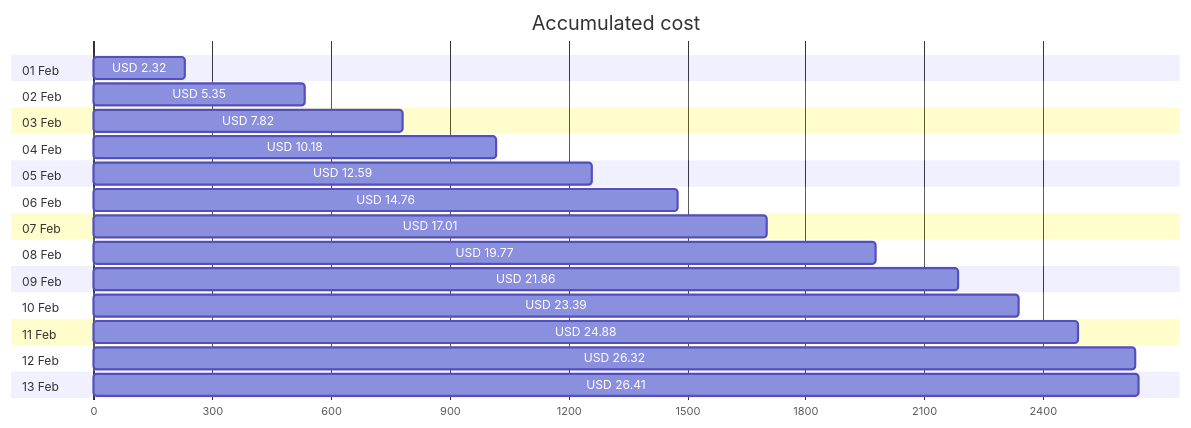
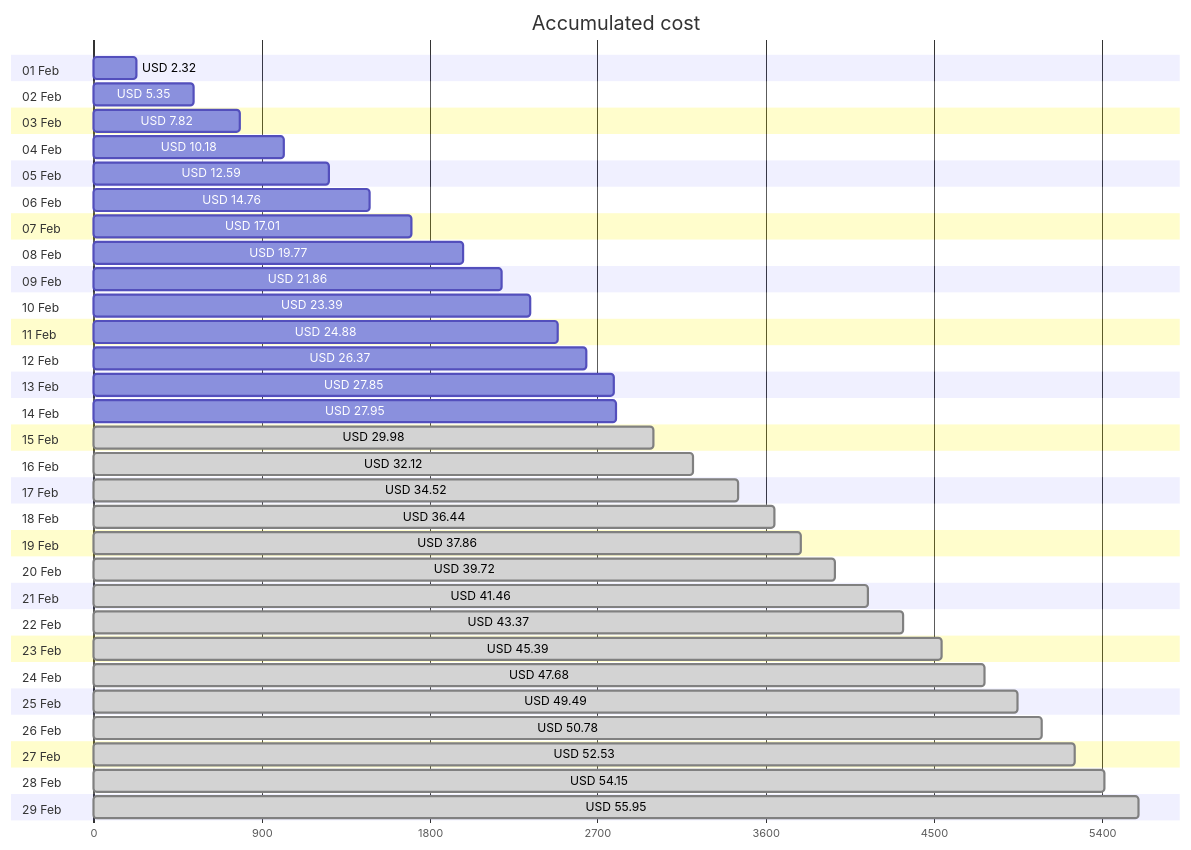
Before and after one commit to jpfulton/azure-personal-reports: the first of 4 diagrams in cost-reports/personal-network/README.md, drawn with Mermaid. The commit also changed other lines of this file and 8 other files, not shown here.

````diff
--- a/cost-reports/personal-network/README.md
+++ b/cost-reports/personal-network/README.md
@@ -20,32 +20,64 @@
 ```mermaid
 gantt
    title Accumulated cost
    dateFormat  X
    axisFormat %s
    section 01 Feb
    USD 2.32 :0, 232
    section 02 Feb
    USD 5.35 :0, 535
    section 03 Feb
    USD 7.82 :0, 782
    section 04 Feb
    USD 10.18 :0, 1018
    section 05 Feb
    USD 12.59 :0, 1259
    section 06 Feb
    USD 14.76 :0, 1476
    section 07 Feb
    USD 17.01 :0, 1701
    section 08 Feb
    USD 19.77 :0, 1977
    section 09 Feb
    USD 21.86 :0, 2186
    section 10 Feb
    USD 23.39 :0, 2339
    section 11 Feb
    USD 24.88 :0, 2488
    section 12 Feb
-   USD 26.32 :0, 2632
+   USD 26.37 :0, 2637
    section 13 Feb
-   USD 26.41 :0, 2641
+   USD 27.85 :0, 2785
+   section 14 Feb
+   USD 27.95 :0, 2795
+   section 15 Feb
+   USD 29.98 : done, 0, 2998
+   section 16 Feb
+   USD 32.12 : done, 0, 3212
+   section 17 Feb
+   USD 34.52 : done, 0, 3452
+   section 18 Feb
+   USD 36.44 : done, 0, 3644
+   section 19 Feb
+   USD 37.86 : done, 0, 3786
+   section 20 Feb
+   USD 39.72 : done, 0, 3972
+   section 21 Feb
+   USD 41.46 : done, 0, 4146
+   section 22 Feb
+   USD 43.37 : done, 0, 4337
+   section 23 Feb
+   USD 45.39 : done, 0, 4539
+   section 24 Feb
+   USD 47.68 : done, 0, 4768
+   section 25 Feb
+   USD 49.49 : done, 0, 4949
+   section 26 Feb
+   USD 50.78 : done, 0, 5078
+   section 27 Feb
+   USD 52.53 : done, 0, 5253
+   section 28 Feb
+   USD 54.15 : done, 0, 5415
+   section 29 Feb
+   USD 55.95 : done, 0, 5595
 ```
````
